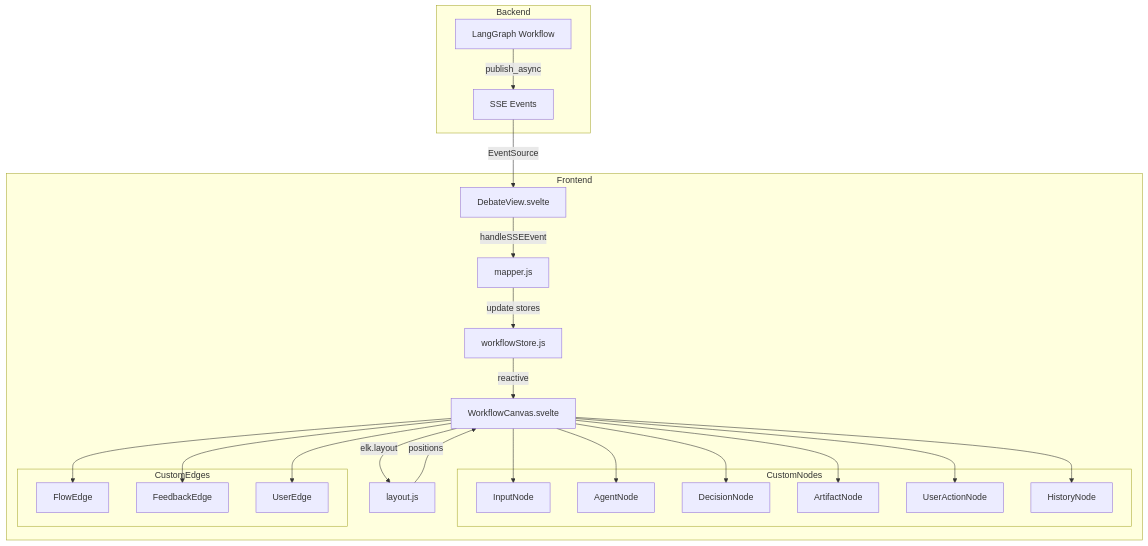
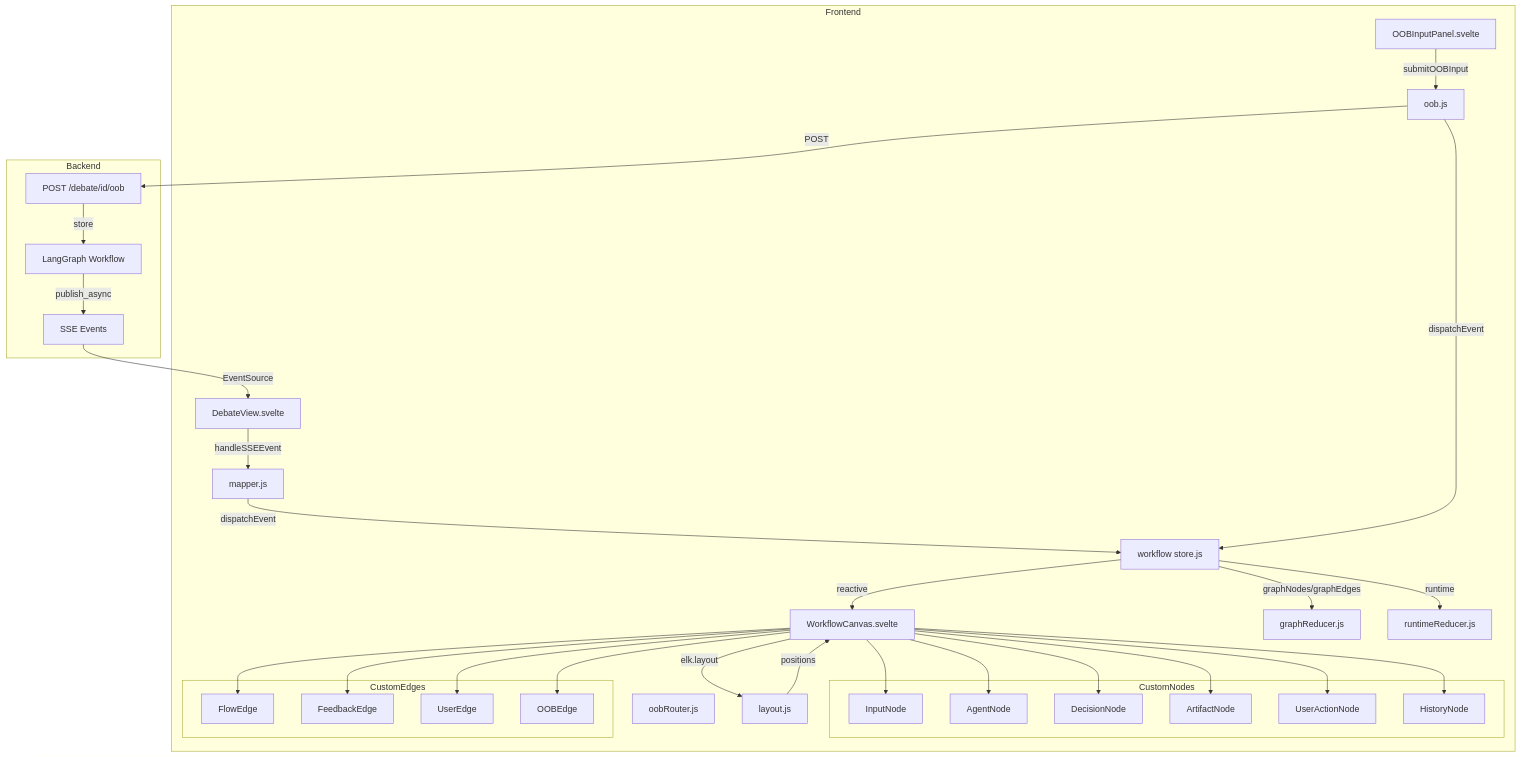
Before and after one commit to asb-42/danwa: the first of 3 diagrams in plans/workflow-visualization.md, drawn with Mermaid. The commit also changed other lines of this file, not shown here.

First line of the commit message:
docs: update workflow visualization plan with state management + OOB handler

````diff
--- a/plans/workflow-visualization.md
+++ b/plans/workflow-visualization.md
@@ -361,47 +1644,53 @@
 ```mermaid
 graph TB
     subgraph Frontend
         DV[DebateView.svelte]
         WC[WorkflowCanvas.svelte]
-        WFS[workflowStore.js]
+        OOB[OOBInputPanel.svelte]
+        WFS[workflow store.js]
+        GR[graphReducer.js]
+        RR[runtimeReducer.js]
         MAPPER[mapper.js]
+        OOBMOD[oob.js]
+        OOBRT[oobRouter.js]
         LAYOUT[layout.js]
 
         subgraph CustomNodes
             IN[InputNode]
             AN[AgentNode]
             DN[DecisionNode]
             AR[ArtifactNode]
             UAN[UserActionNode]
             HN[HistoryNode]
         end
 
         subgraph CustomEdges
             FE[FlowEdge]
             FBE[FeedbackEdge]
             UE[UserEdge]
+            OE[OOBEdge]
         end
     end
 
     subgraph Backend
         SSE[SSE Events]
         LG[LangGraph Workflow]
+        OOBEP[POST /debate/id/oob]
     end
 
     SSE -->|EventSource| DV
     DV -->|handleSSEEvent| MAPPER
-    MAPPER -->|update stores| WFS
+    MAPPER -->|dispatchEvent| WFS
+    WFS -->|graphNodes/graphEdges| GR
+    WFS -->|runtime| RR
+    OOB -->|submitOOBInput| OOBMOD
+    OOBMOD -->|dispatchEvent| WFS
+    OOBMOD -->|POST| OOBEP
     WFS -->|reactive| WC
     WC -->|elk.layout| LAYOUT
     LAYOUT -->|positions| WC
-    WC --> IN
-    WC --> AN
-    WC --> DN
-    WC --> AR
-    WC --> UAN
-    WC --> HN
-    WC --> FE
-    WC --> FBE
-    WC --> UE
+    WC --> IN & AN & DN & AR & UAN & HN
+    WC --> FE & FBE & UE & OE
     LG -->|publish_async| SSE
+    OOBEP -->|store| LG
 ```
````
